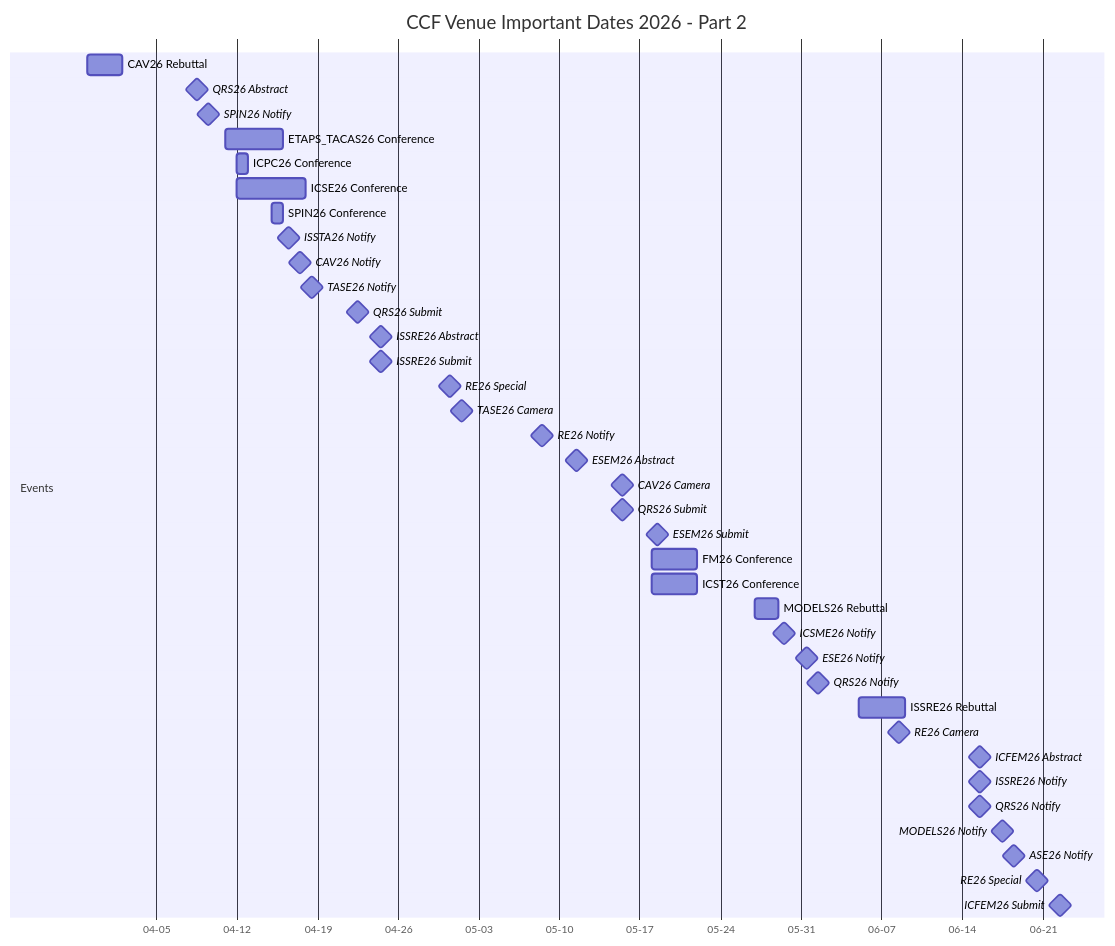
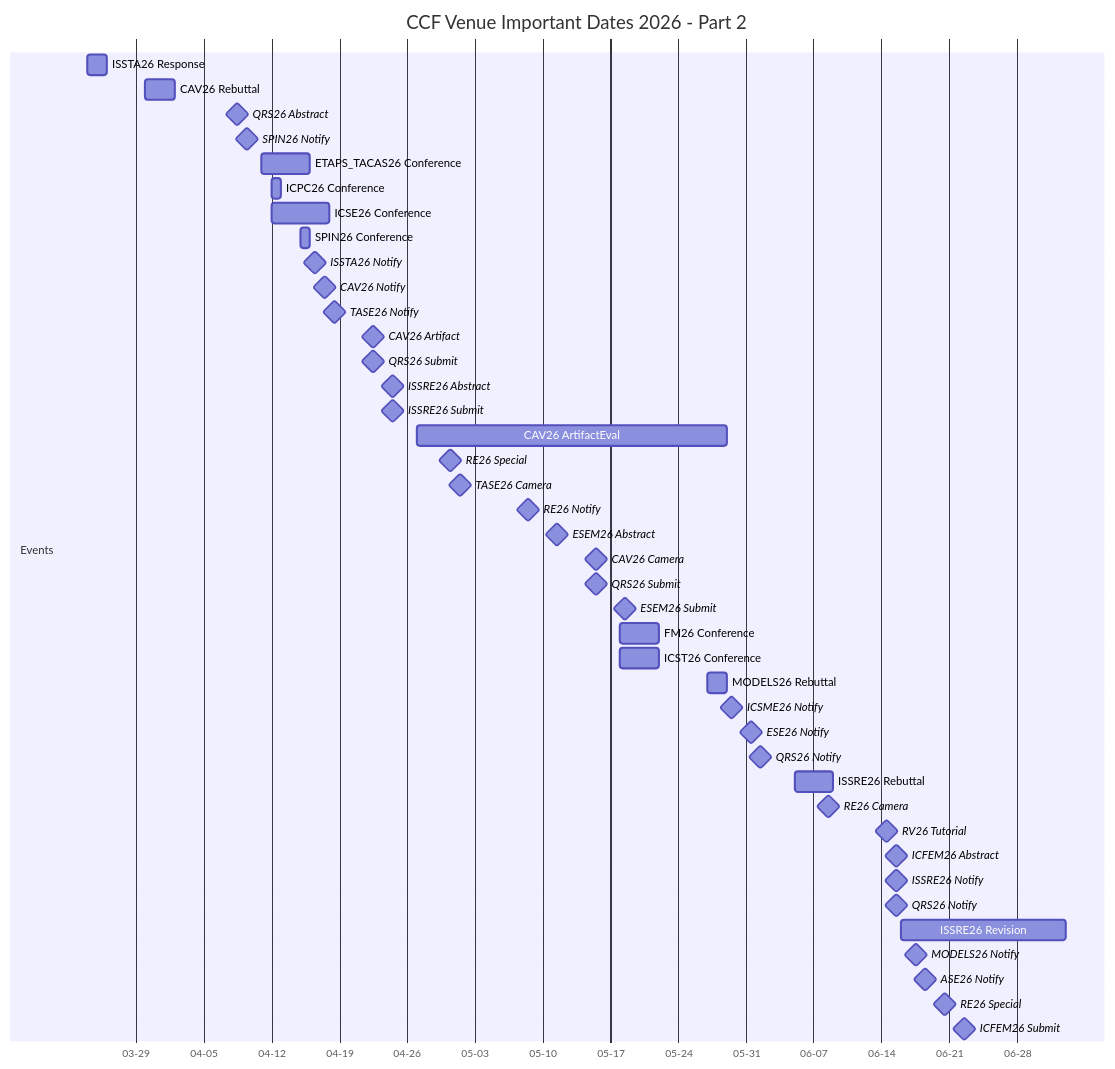
The fourth of 25 diagrams in ccf_venues/TIMELINE.md (HansBug/research_ideas), drawn with Mermaid before and after one commit. The commit also changed other lines of this file and 21 other files, not shown here.

````diff
--- a/ccf_venues/TIMELINE.md
+++ b/ccf_venues/TIMELINE.md
@@ -380,43 +395,48 @@
 ```mermaid
 gantt
   title CCF Venue Important Dates 2026 - Part 2
   dateFormat YYYY-MM-DD
   axisFormat %m-%d
 
   section Events
+  ISSTA26 Response :issta_26_response_20260324, 2026-03-24, 2026-03-26
   CAV26 Rebuttal :cav_26_36_20260330, 2026-03-30, 2026-04-02
   QRS26 Abstract :milestone, qrs_26_37_20260408, 2026-04-08, 1d
   SPIN26 Notify :milestone, spin_26_38_20260409, 2026-04-09, 1d
   ETAPS_TACAS26 Conference :etaps_tacas_26_39_20260411, 2026-04-11, 2026-04-16
   ICPC26 Conference :icpc_26_40_20260412, 2026-04-12, 2026-04-13
   ICSE26 Conference :icse_26_41_20260412, 2026-04-12, 2026-04-18
   SPIN26 Conference :spin_26_42_20260415, 2026-04-15, 2026-04-16
   ISSTA26 Notify :milestone, issta_26_43_20260416, 2026-04-16, 1d
   CAV26 Notify :milestone, cav_26_44_20260417, 2026-04-17, 1d
   TASE26 Notify :milestone, tase_26_45_20260418, 2026-04-18, 1d
-  QRS26 Submit :milestone, qrs_26_46_20260422, 2026-04-22, 1d
+  CAV26 Artifact :milestone, cav_26_46_20260422, 2026-04-22, 1d
+  QRS26 Submit :milestone, qrs_26_47_20260422, 2026-04-22, 1d
   ISSRE26 Abstract :milestone, issre_26_47_20260424, 2026-04-24, 1d
   ISSRE26 Submit :milestone, issre_26_48_20260424, 2026-04-24, 1d
+  CAV26 ArtifactEval :cav_26_48_20260427, 2026-04-27, 2026-05-29
   RE26 Special :milestone, re_26_49_20260430, 2026-04-30, 1d
   TASE26 Camera :milestone, tase_26_50_20260501, 2026-05-01, 1d
   RE26 Notify :milestone, re_26_51_20260508, 2026-05-08, 1d
   ESEM26 Abstract :milestone, esem_26_52_20260511, 2026-05-11, 1d
   CAV26 Camera :milestone, cav_26_53_20260515, 2026-05-15, 1d
   QRS26 Submit :milestone, qrs_26_54_20260515, 2026-05-15, 1d
   ESEM26 Submit :milestone, esem_26_55_20260518, 2026-05-18, 1d
   FM26 Conference :fm_26_56_20260518, 2026-05-18, 2026-05-22
   ICST26 Conference :icst_26_57_20260518, 2026-05-18, 2026-05-22
   MODELS26 Rebuttal :models_26_58_20260527, 2026-05-27, 2026-05-29
   ICSME26 Notify :milestone, icsme_26_59_20260529, 2026-05-29, 1d
   ESE26 Notify :milestone, ese_26_60_20260531, 2026-05-31, 1d
   QRS26 Notify :milestone, qrs_26_61_20260601, 2026-06-01, 1d
   ISSRE26 Rebuttal :issre_26_62_20260605, 2026-06-05, 2026-06-09
   RE26 Camera :milestone, re_26_63_20260608, 2026-06-08, 1d
+  RV26 Tutorial :milestone, rv_26_tutorial_20260614, 2026-06-14, 1d
   ICFEM26 Abstract :milestone, icfem_26_64_20260615, 2026-06-15, 1d
   ISSRE26 Notify :milestone, issre_26_65_20260615, 2026-06-15, 1d
   QRS26 Notify :milestone, qrs_26_66_20260615, 2026-06-15, 1d
+  ISSRE26 Revision :issre_26_revision_20260616, 2026-06-16, 2026-07-03
   MODELS26 Notify :milestone, models_26_67_20260617, 2026-06-17, 1d
   ASE26 Notify :milestone, ase_26_68_20260618, 2026-06-18, 1d
   RE26 Special :milestone, re_26_69_20260620, 2026-06-20, 1d
   ICFEM26 Submit :milestone, icfem_26_70_20260622, 2026-06-22, 1d
 ```
````
